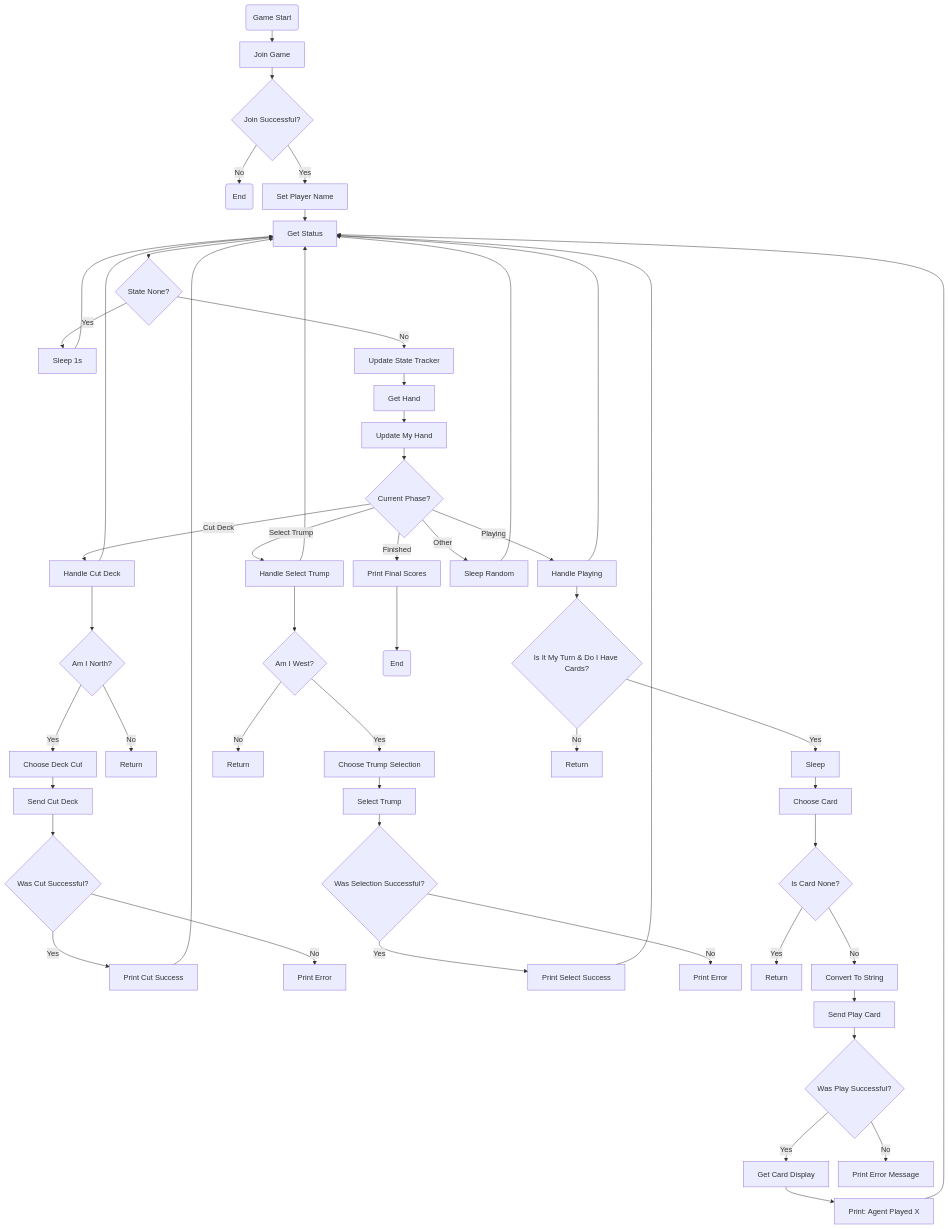
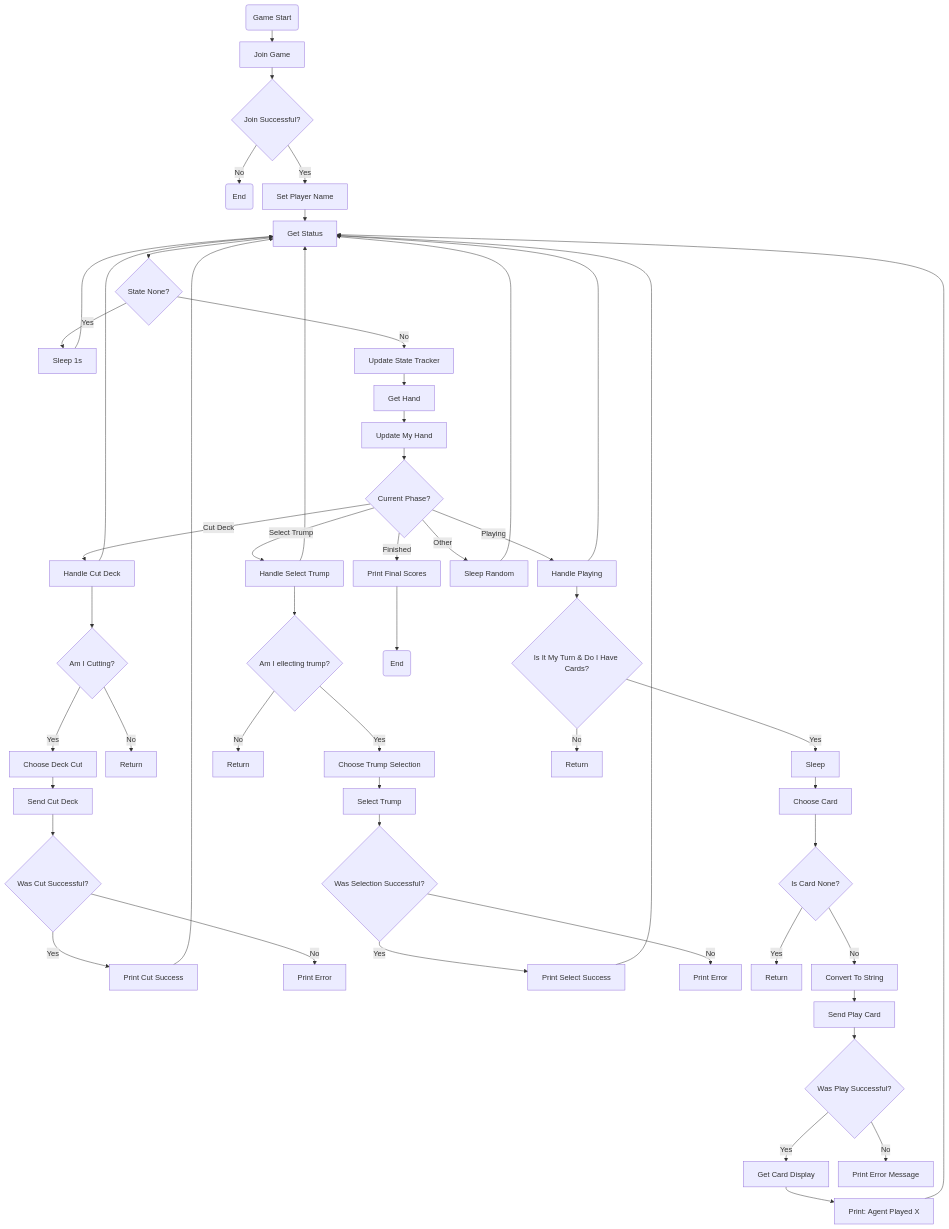
The diagram in agent-fluxograms/dumb-agent-workflow.md (PEI09-25-26/Sueca), drawn with Mermaid before and after one commit.

Commit message:
Update workflow conditions in dumb-agent workflow

````diff
--- a/agent-fluxograms/dumb-agent-workflow.md
+++ b/agent-fluxograms/dumb-agent-workflow.md
@@ -3,67 +3,67 @@
 ```mermaid
 %%{init: {'flowchart': {'nodeSpacing': 20, 'rankSpacing': 25}}}%%
 flowchart TD
 
 A(Game Start) --> B[Join Game]
 B --> C{Join Successful?}
 C -->|No| D(End)
 C -->|Yes| E[Set Player Name]
 
 E --> F[Get Status]
 F --> G{State None?}
 G -->|Yes| H[Sleep 1s]
 H --> F
 G -->|No| I[Update State Tracker]
 
 I --> J[Get Hand]
 J --> K[Update My Hand]
 K --> L{Current Phase?}
 
 L -->|Cut Deck| M[Handle Cut Deck]
-M -->N{Am I North?}
+M -->N{Am I Cutting?}
 N -->|Yes|O[Choose Deck Cut]
 O -->W[Send Cut Deck]
 W -->X{Was Cut Successful?}
 X -->|Yes|Y[Print Cut Success]
 Y --> F
 X -->|No|Z[Print Error]
 N -->|No|V[Return]
 
 
 L -->|Select Trump| P[Handle Select Trump]
-P -->A1{Am I West?}
+P -->A1{Am I ellecting trump?}
 A1 --> |Yes|C1[Choose Trump Selection]
 A1 --> |No|B1[Return]
 C1 --> D1[Select Trump]
 D1 --> E1{Was Selection Successful?}
 E1 --> |Yes| F1[Print Select Success]
 F1 --> F
 E1 --> |No| G1[Print Error]
 
 
 
 L -->|Playing| R[Handle Playing]
 R --> H1{Is It My Turn & Do I Have Cards?}
 H1 -->|Yes| I1[Sleep]
 H1 -->|No| J1[Return]
 I1 --> K1[Choose Card]
 K1 --> L1{Is Card None?}
 L1 -->|Yes|M1[Return]
 L1 -->|No|N1[Convert To String]
 N1 -->O1[Send Play Card]
 O1 -->P1{Was Play Successful?}
 P1 -->|Yes|Q1[Get Card Display]
 Q1 -->R1[Print: Agent Played X]
 R1 -->F
 P1 -->|No|T1[Print Error Message]
 
 
 L -->|Finished| T[Print Final Scores]
 T --> S3(End)
 L -->|Other| U[Sleep Random]
 
 M --> F
 P --> F
 R --> F
 U --> F
 ```
````
